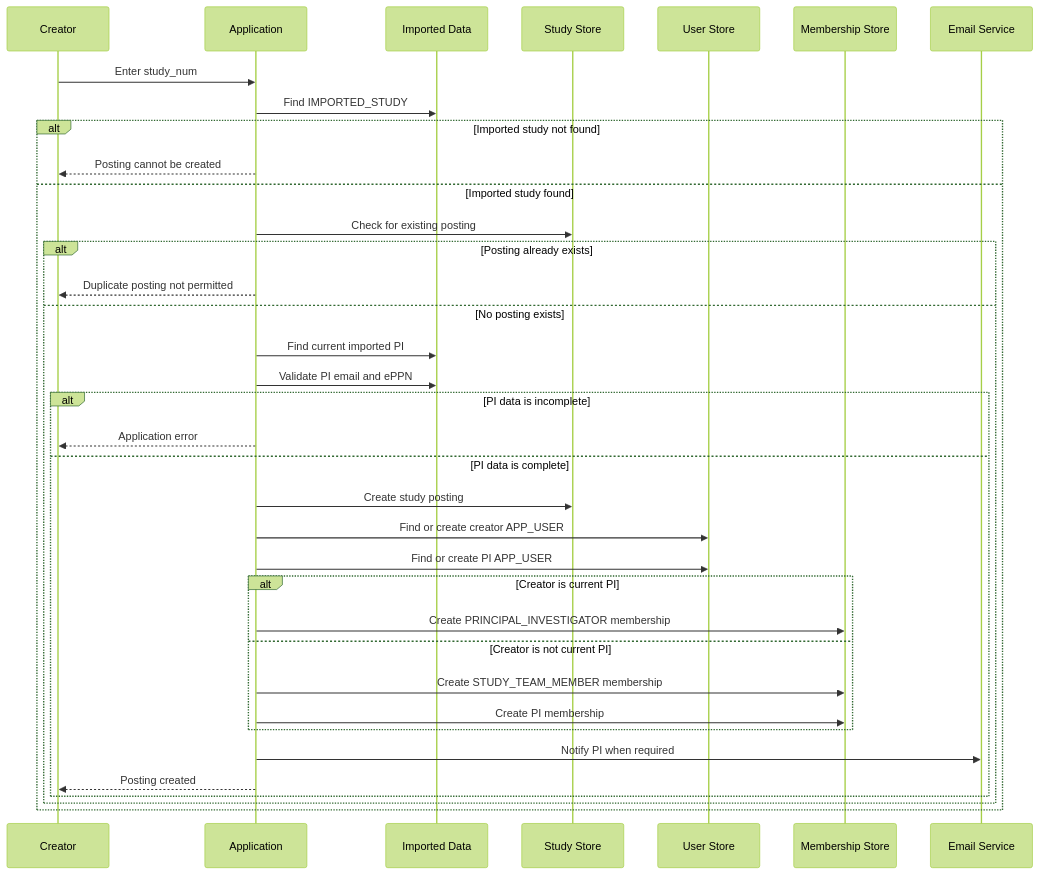
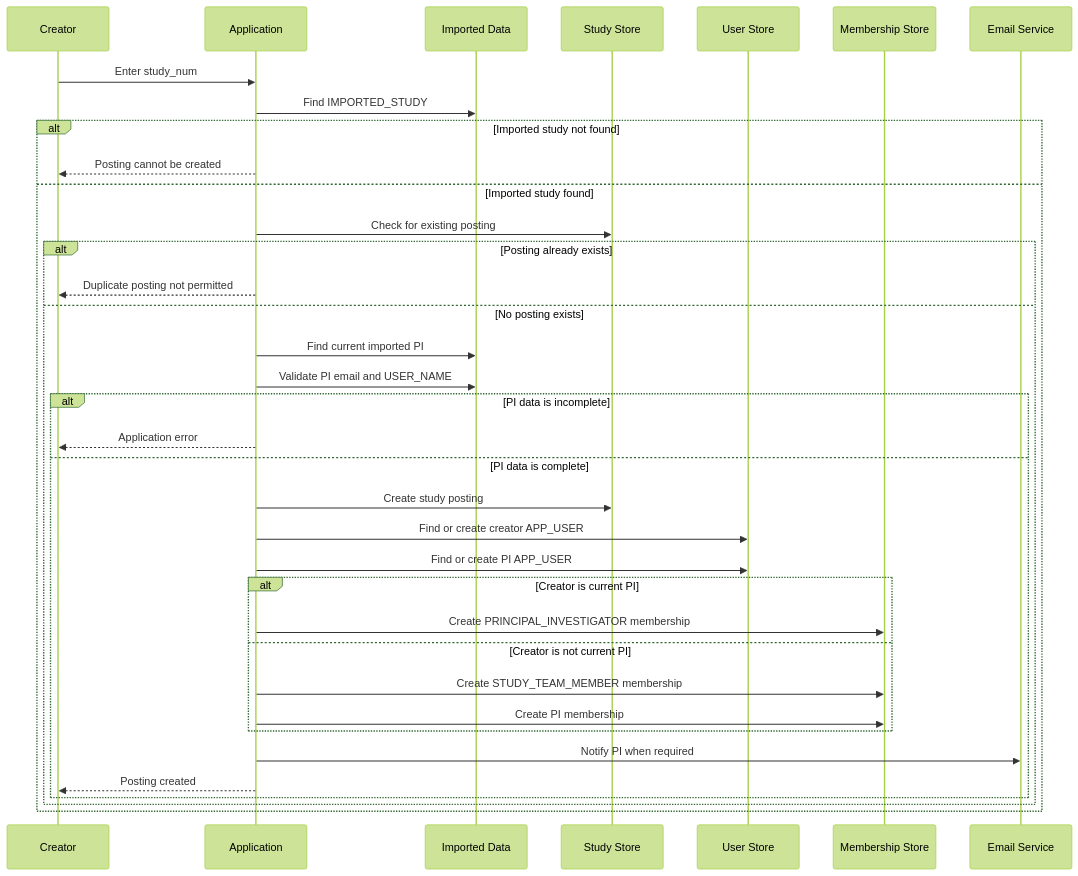
One commit to umich-michr/yhr-context changed the diagram in docs/05-study-management/posting-creation.md. Above: the diagram before and after it, drawn with Mermaid (forest theme). The commit also changed other lines of this file and 59 other files, not shown here.

````diff
--- a/docs/05-study-management/posting-creation.md
+++ b/docs/05-study-management/posting-creation.md
@@ -60,44 +60,44 @@
 ```mermaid
 sequenceDiagram
     participant C as Creator
     participant A as Application
     participant I as Imported Data
     participant S as Study Store
     participant U as User Store
     participant M as Membership Store
     participant E as Email Service
 
     C->>A: Enter study_num
     A->>I: Find IMPORTED_STUDY
 
     alt Imported study not found
         A-->>C: Posting cannot be created
     else Imported study found
         A->>S: Check for existing posting
 
         alt Posting already exists
             A-->>C: Duplicate posting not permitted
         else No posting exists
             A->>I: Find current imported PI
-            A->>I: Validate PI email and ePPN
+            A->>I: Validate PI email and USER_NAME
 
             alt PI data is incomplete
                 A-->>C: Application error
             else PI data is complete
                 A->>S: Create study posting
                 A->>U: Find or create creator APP_USER
                 A->>U: Find or create PI APP_USER
 
                 alt Creator is current PI
                     A->>M: Create PRINCIPAL_INVESTIGATOR membership
                 else Creator is not current PI
                     A->>M: Create STUDY_TEAM_MEMBER membership
                     A->>M: Create PI membership
                 end
 
                 A->>E: Notify PI when required
                 A-->>C: Posting created
             end
         end
     end
 ```
````
